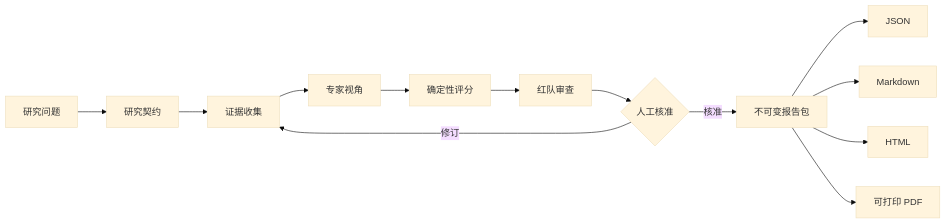
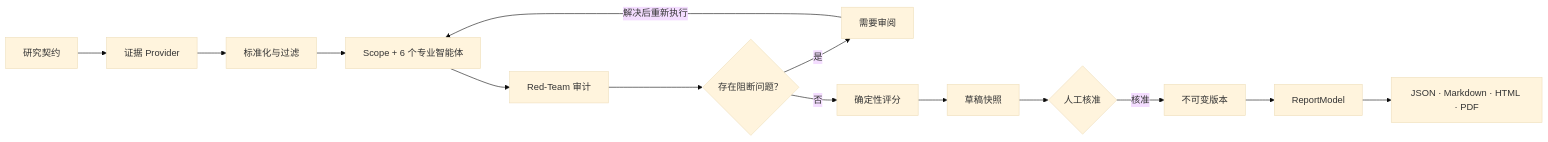
The diagram in README.zh-CN.md (MapleQiAN/Fathomark), drawn with Mermaid (base theme) before and after one commit. The commit also changed other lines of this file and 1 other file, not shown here.

````diff
--- a/README.zh-CN.md
+++ b/README.zh-CN.md
@@ -89,15 +77,16 @@
 ```mermaid
 flowchart LR
-    Q[研究问题] --> C[研究契约]
-    C --> E[证据收集]
-    E --> L[专家视角]
-    L --> S[确定性评分]
-    S --> R[红队审查]
-    R --> H{人工核准}
-    H -->|修订| E
-    H -->|核准| P[不可变报告包]
-    P --> J[JSON]
-    P --> M[Markdown]
-    P --> HT[HTML]
-    P --> PDF[可打印 PDF]
+    Q[研究契约] --> P[证据 Provider]
+    P --> N[标准化与过滤]
+    N --> A[Scope + 6 个专业智能体]
+    A --> R[Red-Team 审计]
+    R --> G{存在阻断问题？}
+    G -->|是| NR[需要审阅]
+    NR -->|解决后重新执行| A
+    G -->|否| S[确定性评分]
+    S --> D[草稿快照]
+    D --> H{人工核准}
+    H -->|核准| V[不可变版本]
+    V --> RM[ReportModel]
+    RM --> O[JSON · Markdown · HTML · PDF]
 ```
````
